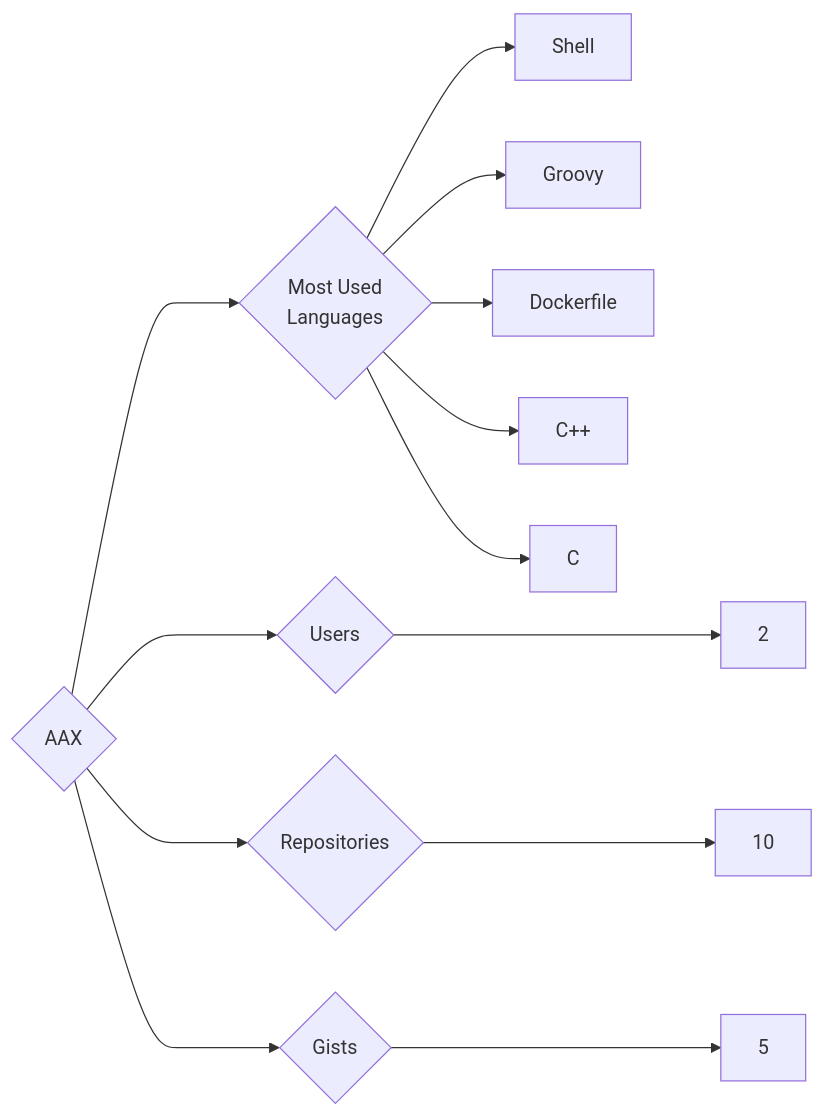
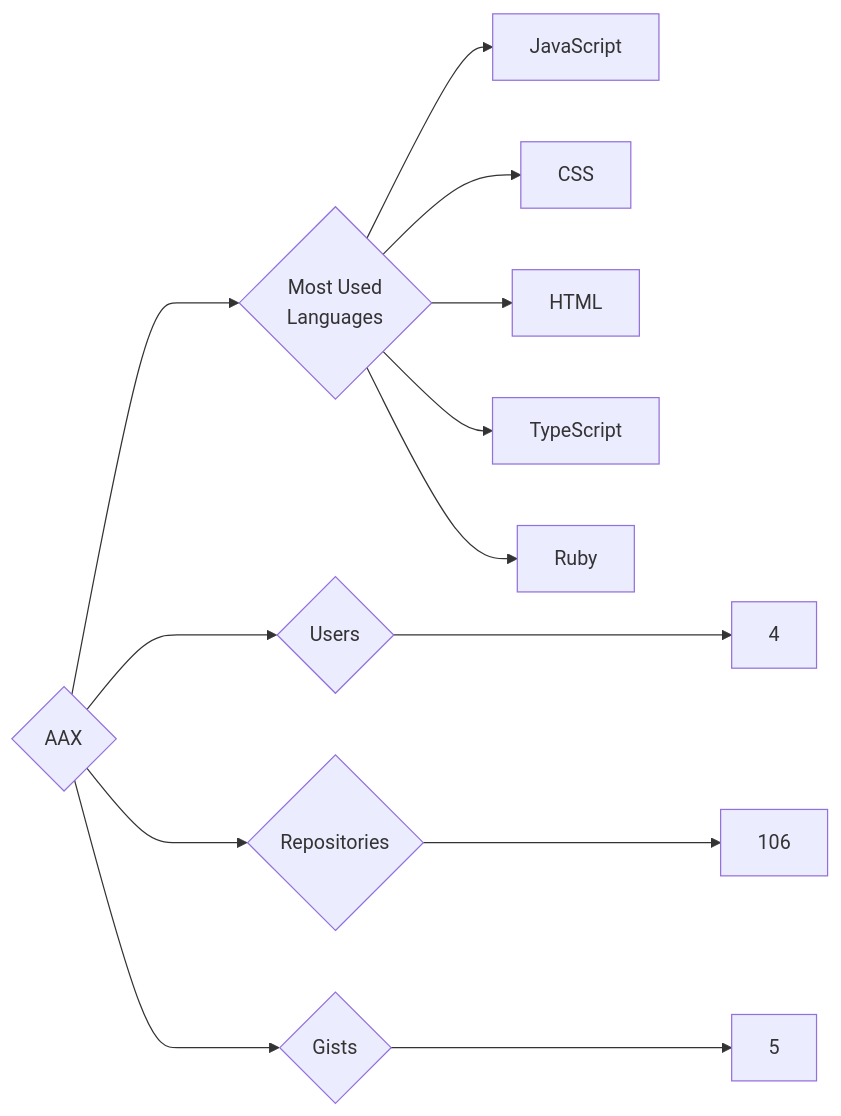
The diagram in targets/AAX/README.md (trickest/insiders), drawn with Mermaid before and after one commit. The commit also changed 985 other files, not shown here.

````diff
--- a/targets/AAX/README.md
+++ b/targets/AAX/README.md
@@ -3,13 +3,13 @@
 ```mermaid
 graph LR
 COMPANY_NAME{AAX}
-COMPANY_NAME ---> U{Users} ---> UN[2]
-COMPANY_NAME ---> R{Repositories} ---> RN[10]
+COMPANY_NAME ---> U{Users} ---> UN[4]
+COMPANY_NAME ---> R{Repositories} ---> RN[106]
 COMPANY_NAME ---> G{Gists} ---> GN[5]
 COMPANY_NAME ---> ML{Most Used<br>Languages}
-ML --> Shell[Shell]
-ML --> Groovy[Groovy]
-ML --> Dockerfile[Dockerfile]
-ML --> C++[C++]
-ML --> C[C]
+ML --> JavaScript[JavaScript]
+ML --> CSS[CSS]
+ML --> HTML[HTML]
+ML --> TypeScript[TypeScript]
+ML --> Ruby[Ruby]
 ```
````
